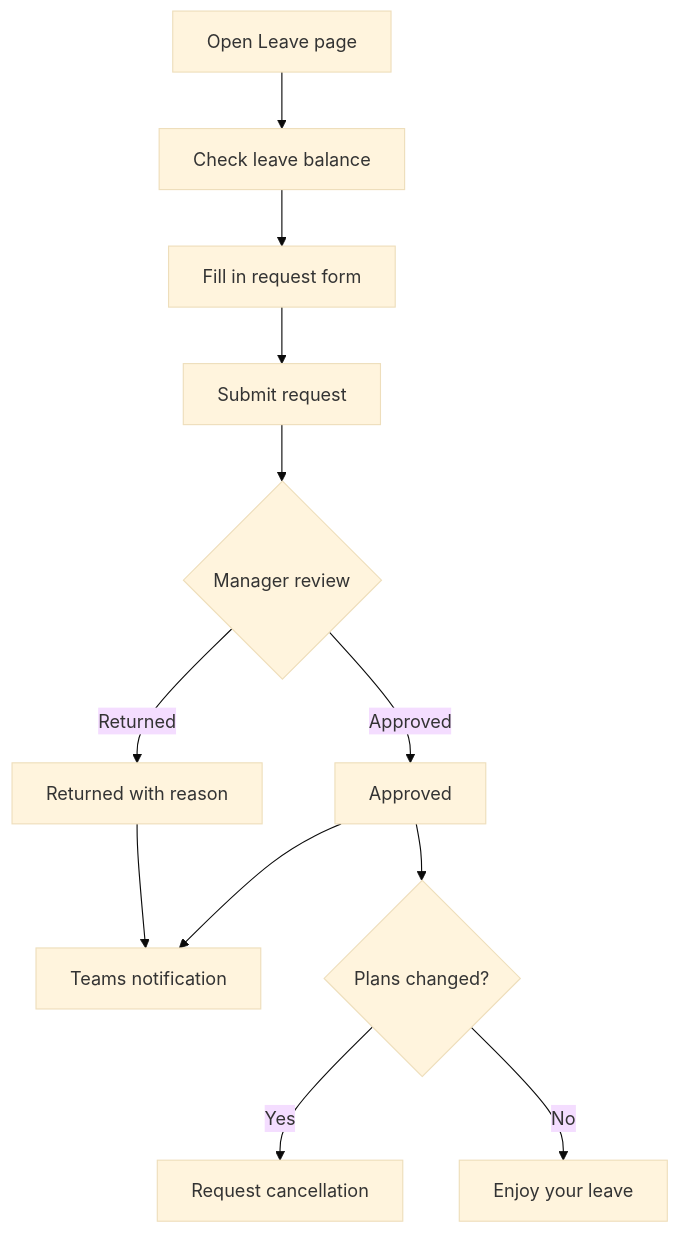
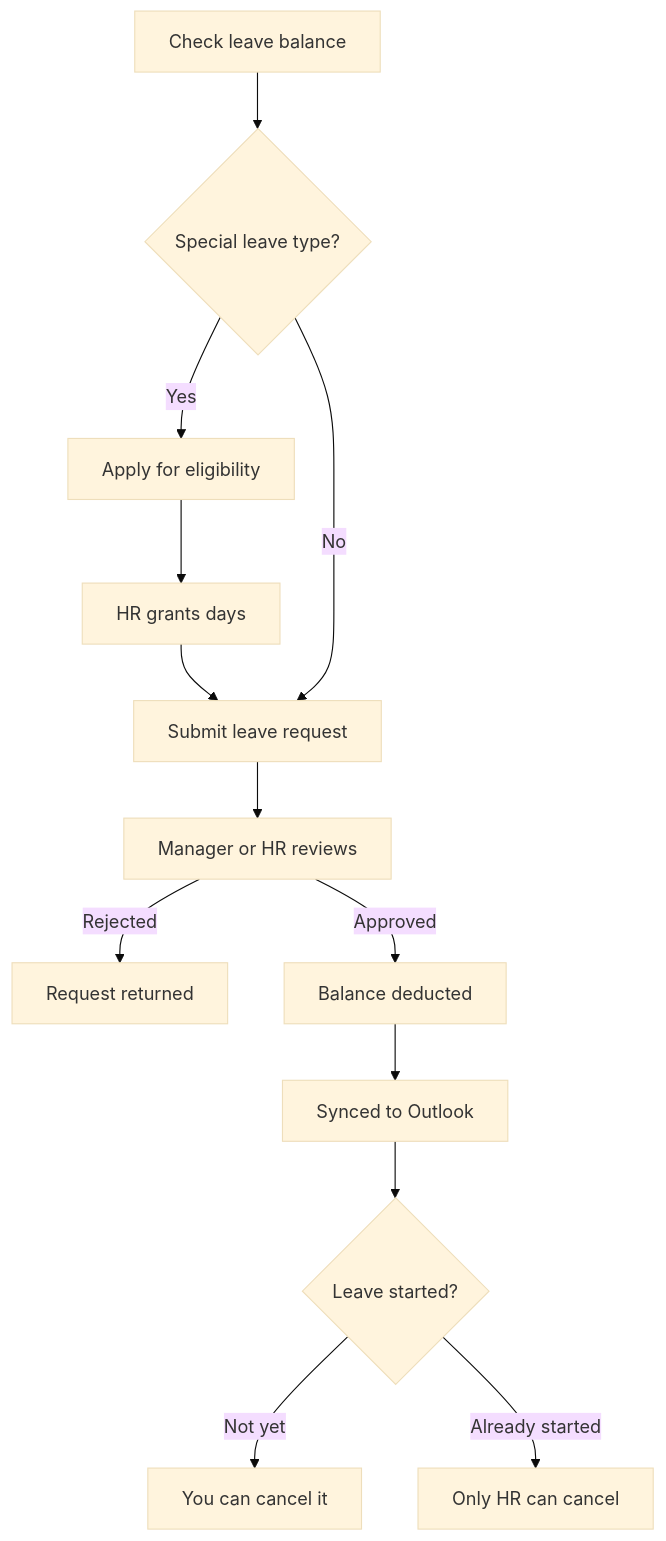
One commit to cancerfreebiotech/myops changed the first of 3 diagrams in docs/generated/en-user.md. Above: the diagram before and after it, drawn with Mermaid (base theme). The commit also changed other lines of this file and 6 other files, not shown here.

````diff
--- a/docs/generated/en-user.md
+++ b/docs/generated/en-user.md
@@ -135,14 +485,15 @@
 ```mermaid
 flowchart TD
-    A[Open Leave page] --> B[Check leave balance]
-    B --> C[Fill in request form]
-    C --> D[Submit request]
-    D --> E{Manager review}
-    E -->|Approved| F[Approved]
-    E -->|Returned| G[Returned with reason]
-    F --> H[Teams notification]
-    G --> H
-    F --> I{Plans changed?}
-    I -->|Yes| J[Request cancellation]
-    I -->|No| K[Enjoy your leave]
+    A[Check leave balance] --> B{Special leave type?}
+    B -->|Yes| C[Apply for eligibility]
+    C --> D[HR grants days]
+    D --> E[Submit leave request]
+    B -->|No| E
+    E --> F[Manager or HR reviews]
+    F -->|Rejected| G[Request returned]
+    F -->|Approved| H[Balance deducted]
+    H --> I[Synced to Outlook]
+    I --> J{Leave started?}
+    J -->|Not yet| K[You can cancel it]
+    J -->|Already started| L[Only HR can cancel]
 ```
````
